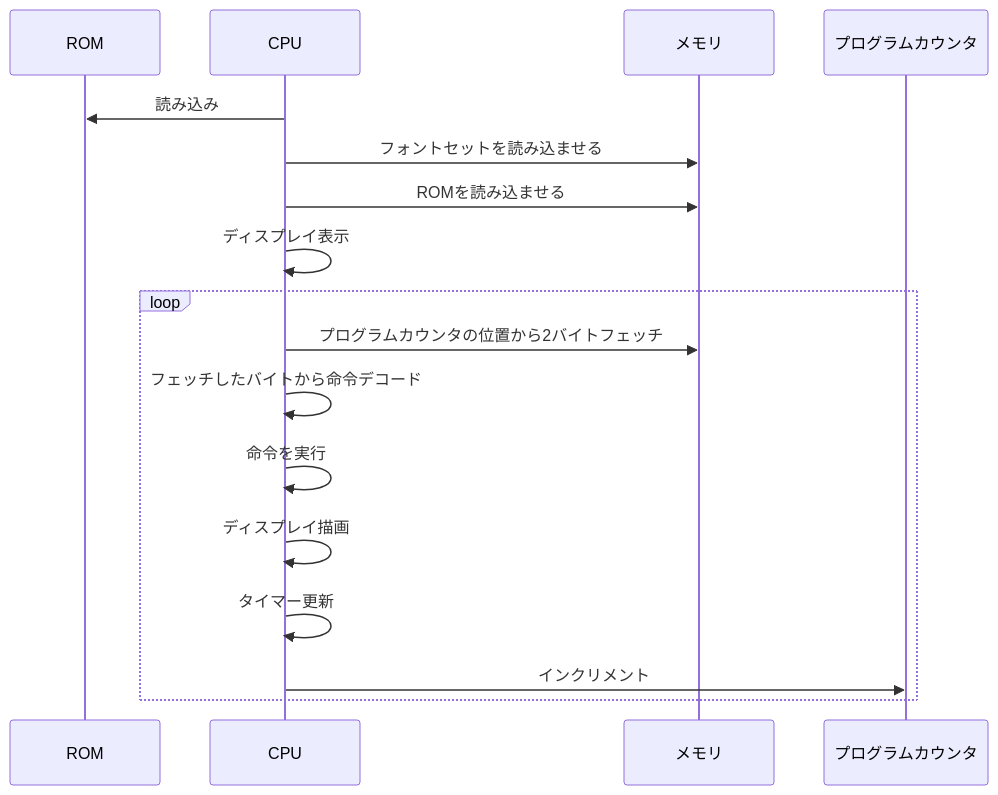
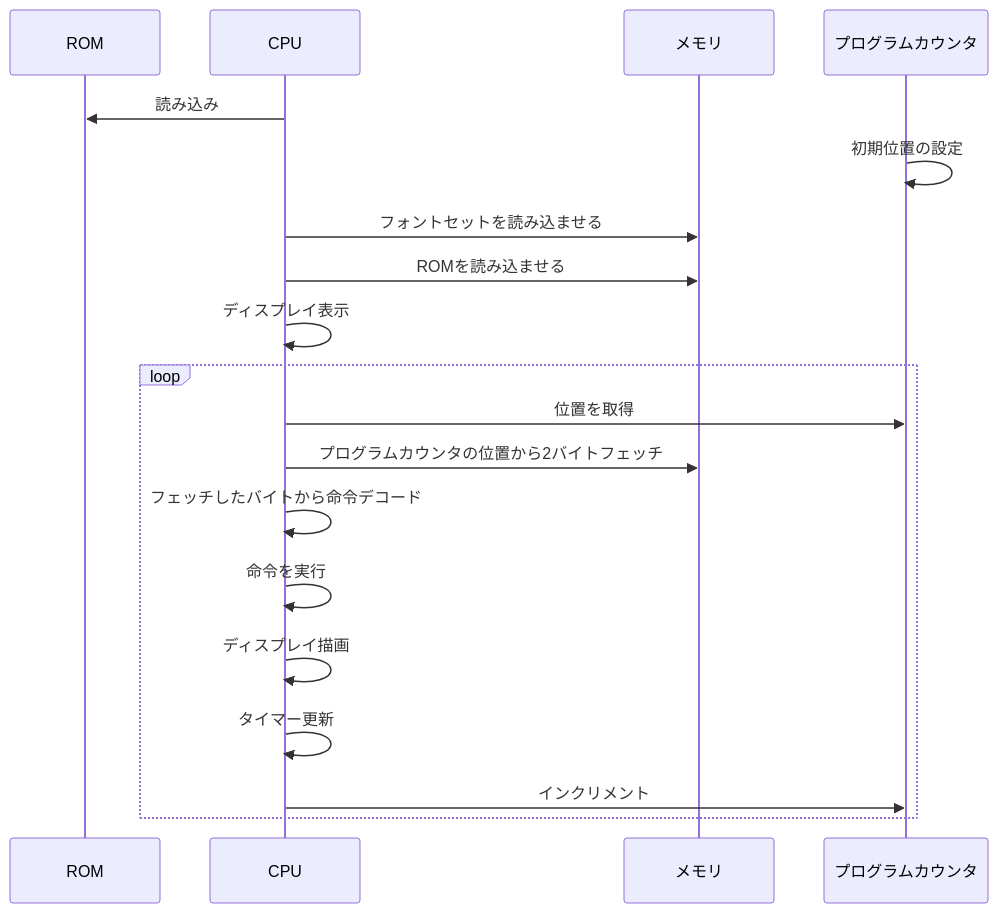
Before and after one commit to hir-247-30/chip8.ts: the diagram in README.md, drawn with Mermaid. The commit also changed other lines of this file and 7 other files, not shown here.

````diff
--- a/README.md
+++ b/README.md
@@ -17,20 +28,22 @@
 ```mermaid
 sequenceDiagram
     participant ROM
     participant CPU
     participant メモリ
     participant プログラムカウンタ
 
     CPU->>ROM: 読み込み
+    プログラムカウンタ->>プログラムカウンタ: 初期位置の設定
     CPU->>メモリ: フォントセットを読み込ませる
     CPU->>メモリ: ROMを読み込ませる
     CPU->>CPU: ディスプレイ表示
     loop
+    CPU->>プログラムカウンタ: 位置を取得
     CPU->>メモリ: プログラムカウンタの位置から2バイトフェッチ
     CPU->>CPU: フェッチしたバイトから命令デコード
     CPU->>CPU: 命令を実行
     CPU->>CPU: ディスプレイ描画
     CPU->>CPU: タイマー更新
     CPU->>プログラムカウンタ: インクリメント
     end
 ```
````
